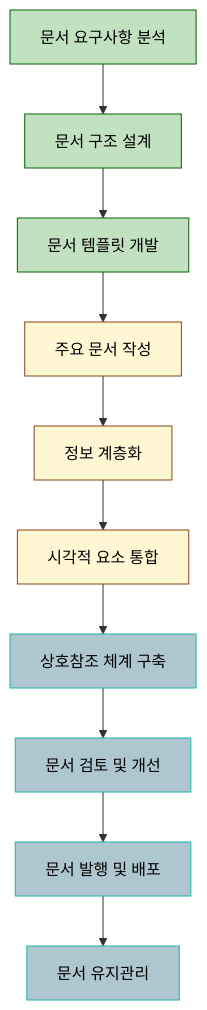
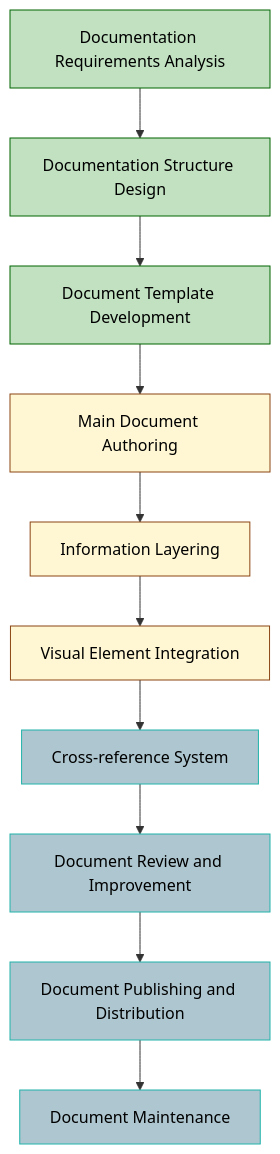
One commit to bbalganjjm/prompt-driven-development changed the first of 3 diagrams in 5.prompt-driven-development-methodology-documentation.md. Above: the diagram before and after it, drawn with Mermaid. The commit also changed other lines of this file and 3 other files, not shown here.

Commit message:
Refactor PDD documentation to enhance clarity and structure; translate sections to English, update table of contents, and improve integration framework details.

````diff
--- a/5.prompt-driven-development-methodology-documentation.md
+++ b/5.prompt-driven-development-methodology-documentation.md
@@ -37,34 +35,34 @@
 ```mermaid
 flowchart TB
-    A[문서 요구사항 분석] --> B[문서 구조 설계]
-    B --> C[문서 템플릿 개발]
-    C --> D[주요 문서 작성]
-    D --> E[정보 계층화]
-    E --> F[시각적 요소 통합]
-    F --> G[상호참조 체계 구축]
-    G --> H[문서 검토 및 개선]
-    H --> I[문서 발행 및 배포]
+    A[Documentation Requirements Analysis] --> B[Documentation Structure Design]
+    B --> C[Document Template Development]
+    C --> D[Main Document Authoring]
+    D --> E[Information Layering]
+    E --> F[Visual Element Integration]
+    F --> G[Cross-reference System]
+    G --> H[Document Review and Improvement]
+    H --> I[Document Publishing and Distribution]
     
     style A fill:#d6e6f9,stroke:#336699,color:#000000
     style B fill:#d6e6f9,stroke:#336699,color:#000000
     style C fill:#d6e6f9,stroke:#336699,color:#000000
     style D fill:#d6e6f9,stroke:#336699,color:#000000
     style E fill:#e6f9e6,stroke:#339966,color:#000000
     style F fill:#e6f9e6,stroke:#339966,color:#000000
     style G fill:#e6f9e6,stroke:#339966,color:#000000
     style H fill:#f9e6e6,stroke:#993366,color:#000000
     style I fill:#f9e6e6,stroke:#993366,color:#000000
 
-    I --> J[문서 유지관리]
+    I --> J[Document Maintenance]
     
     style A fill:#C1E1C1,stroke:#006400,color:#000000
     style B fill:#C1E1C1,stroke:#006400,color:#000000
     style C fill:#C1E1C1,stroke:#006400,color:#000000
     style D fill:#FFF7D4,stroke:#8B4513,color:#000000
     style E fill:#FFF7D4,stroke:#8B4513,color:#000000
     style F fill:#FFF7D4,stroke:#8B4513,color:#000000
     style G fill:#AEC6CF,stroke:#20B2AA,color:#000000
     style H fill:#AEC6CF,stroke:#20B2AA,color:#000000
     style I fill:#AEC6CF,stroke:#20B2AA,color:#000000
     style J fill:#AEC6CF,stroke:#20B2AA,color:#000000
 ```
````
